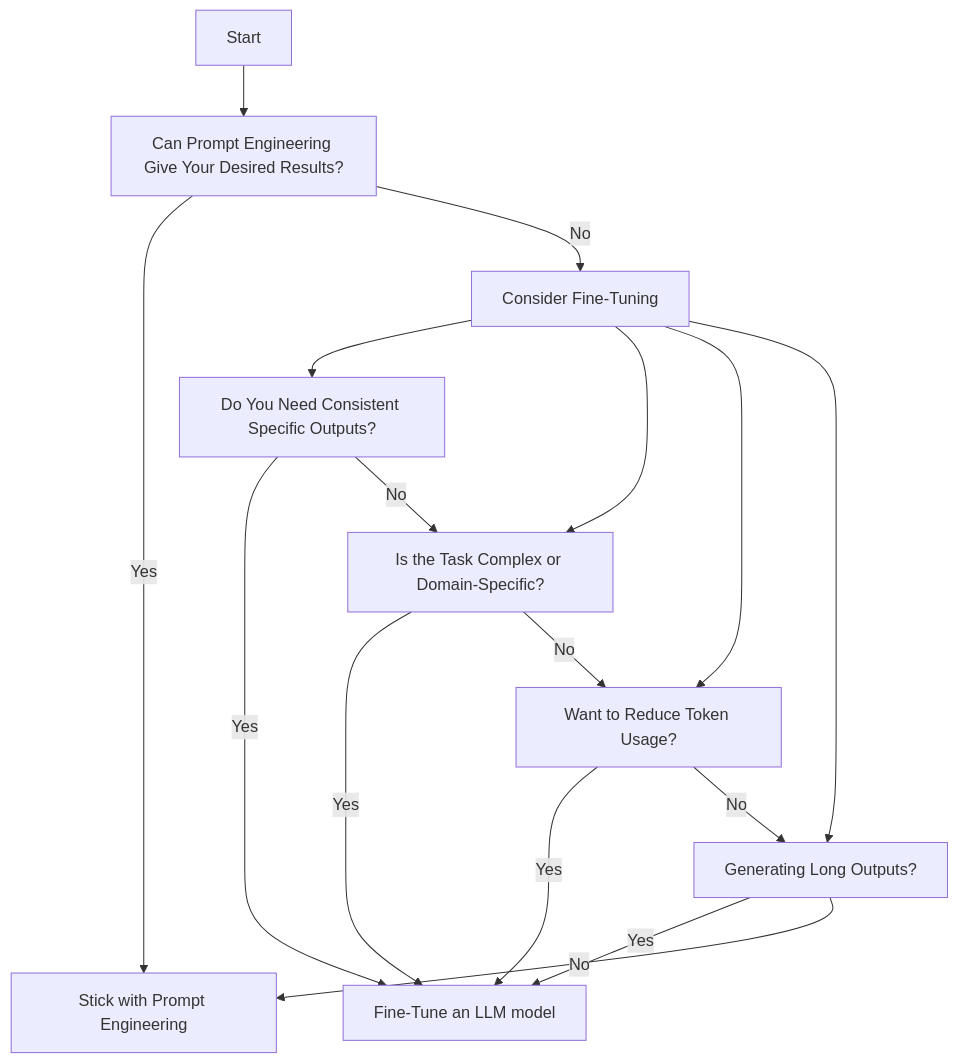
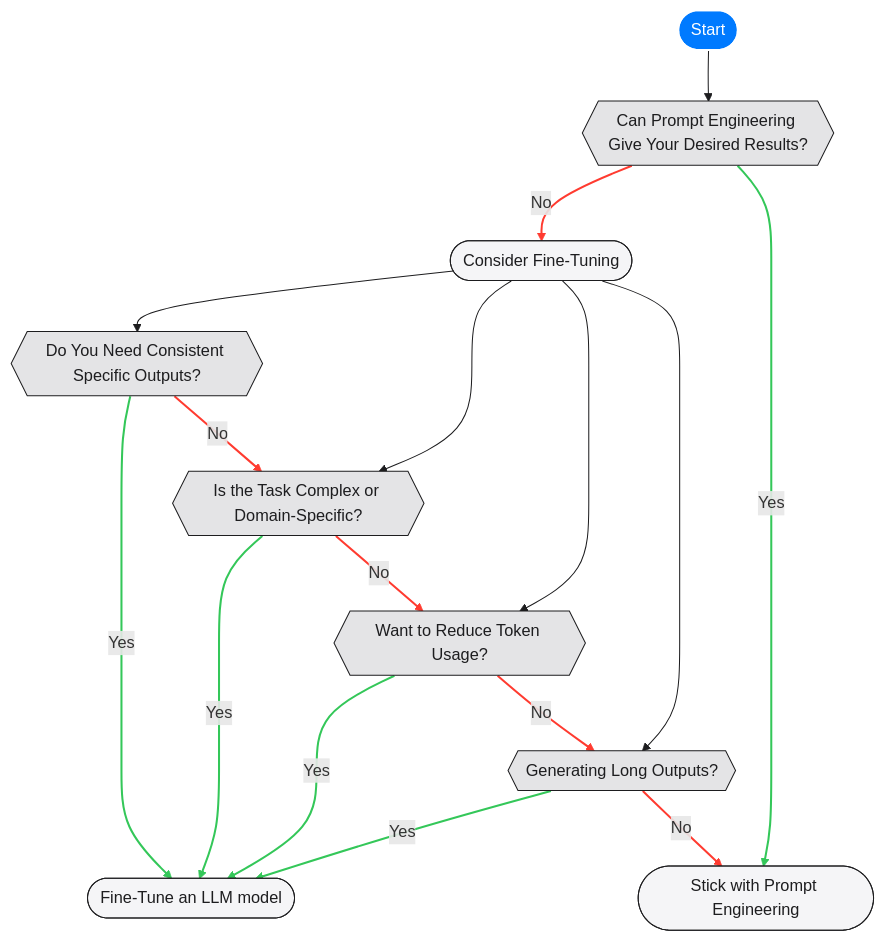
One commit to aiengineeringforgrandmas/gemini-prompt-engineer-toolkit changed the second of 2 diagrams in docs/why-fine-tune-an-llm.md. Above: the diagram before and after it, drawn with Mermaid. The commit also changed other lines of this file, not shown here.

````diff
--- a/docs/why-fine-tune-an-llm.md
+++ b/docs/why-fine-tune-an-llm.md
@@ -61,25 +42,52 @@
 ```mermaid
 graph TD
-    A[Start] --> B[Can Prompt Engineering Give Your Desired Results?]
-    
-    B --> |Yes| C[Stick with Prompt Engineering]
-    B --> |No| D[Consider Fine-Tuning]
+    A(["Start"])
+    B{{"Can Prompt Engineering Give Your Desired Results?"}}
+    C(["Stick with Prompt Engineering"])
+    D(["Consider Fine-Tuning"])
+    E{{"Do You Need Consistent Specific Outputs?"}}
+    F{{"Is the Task Complex or Domain-Specific?"}}
+    G{{"Want to Reduce Token Usage?"}}
+    H{{"Generating Long Outputs?"}}
+    I(["Fine-Tune an LLM model"])
 
-    D --> E[Do You Need Consistent Specific Outputs?]
-    D --> F[Is the Task Complex or Domain-Specific?]
-    D --> G[Want to Reduce Token Usage?]
-    D --> H[Generating Long Outputs?]
+    A --> B
+    B -->|No| D
+    B -->|Yes| C
+    D --> E
+    D --> F
+    D --> G
+    D --> H
+    E -->|Yes| I
+    E -->|No| F
+    F -->|Yes| I
+    F -->|No| G
+    G -->|Yes| I
+    G -->|No| H
+    H -->|Yes| I
+    H -->|No| C
 
-    E --> |Yes| I[Fine-Tune for Consistency]
-    E --> |No| F
+    style A fill:#007AFF,color:#FFFFFF,stroke:#FFFFFF,stroke-width:2px
+    style B fill:#E4E4E6,color:#1D1D1F,stroke:#1D1D1F,stroke-width:1px
+    style C fill:#F5F5F7,color:#1D1D1F,stroke:#1D1D1F,stroke-width:1px
+    style D fill:#F5F5F7,color:#1D1D1F,stroke:#1D1D1F,stroke-width:1px
+    style E fill:#E4E4E6,color:#1D1D1F,stroke:#1D1D1F,stroke-width:1px
+    style F fill:#E4E4E6,color:#1D1D1F,stroke:#1D1D1F,stroke-width:1px
+    style G fill:#E4E4E6,color:#1D1D1F,stroke:#1D1D1F,stroke-width:1px
+    style H fill:#E4E4E6,color:#1D1D1F,stroke:#1D1D1F,stroke-width:1px
+    style I fill:#F5F5F7,color:#1D1D1F,stroke:#1D1D1F,stroke-width:1px
 
-    F --> |Yes| I[Fine-Tune for Complexity]
-    F --> |No| G
-
-    G --> |Yes| I[Fine-Tune for Efficiency]
-    G --> |No| H
-
-    H --> |Yes| I[Fine-Tune an LLM model]
-    H --> |No| C
+    linkStyle 0 stroke:#1D1D1F,stroke-width:1px
+    linkStyle 1 stroke:#FF3B30,stroke-width:2px
+    linkStyle 2 stroke:#34C759,stroke-width:2px
+    linkStyle 3,4,5,6 stroke:#1D1D1F,stroke-width:1px
+    linkStyle 7 stroke:#34C759,stroke-width:2px
+    linkStyle 8 stroke:#FF3B30,stroke-width:2px
+    linkStyle 9 stroke:#34C759,stroke-width:2px
+    linkStyle 10 stroke:#FF3B30,stroke-width:2px
+    linkStyle 11 stroke:#34C759,stroke-width:2px
+    linkStyle 12 stroke:#FF3B30,stroke-width:2px
+    linkStyle 13 stroke:#34C759,stroke-width:2px
+    linkStyle 14 stroke:#FF3B30,stroke-width:2px
 
 ```
````
